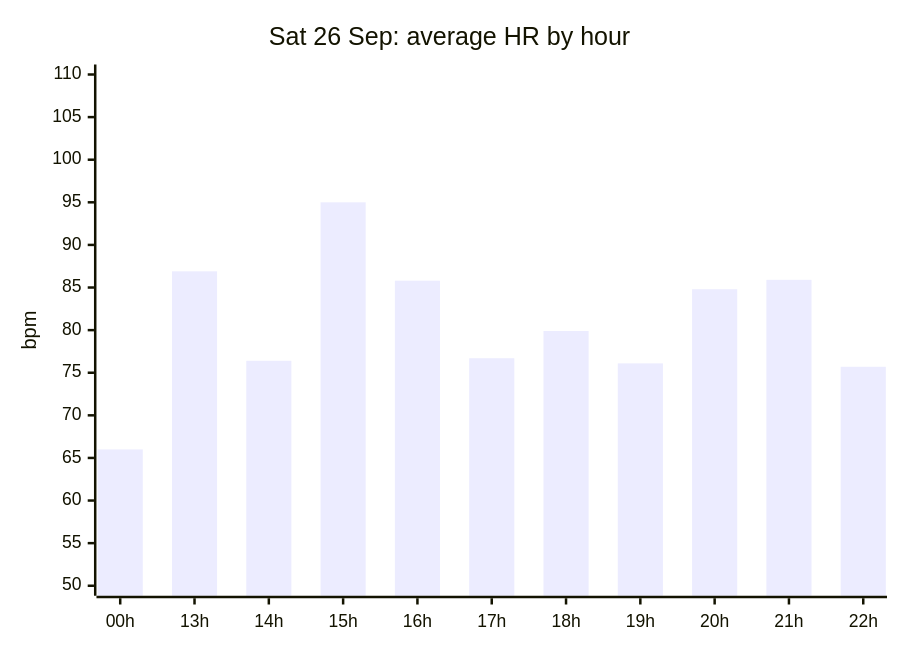
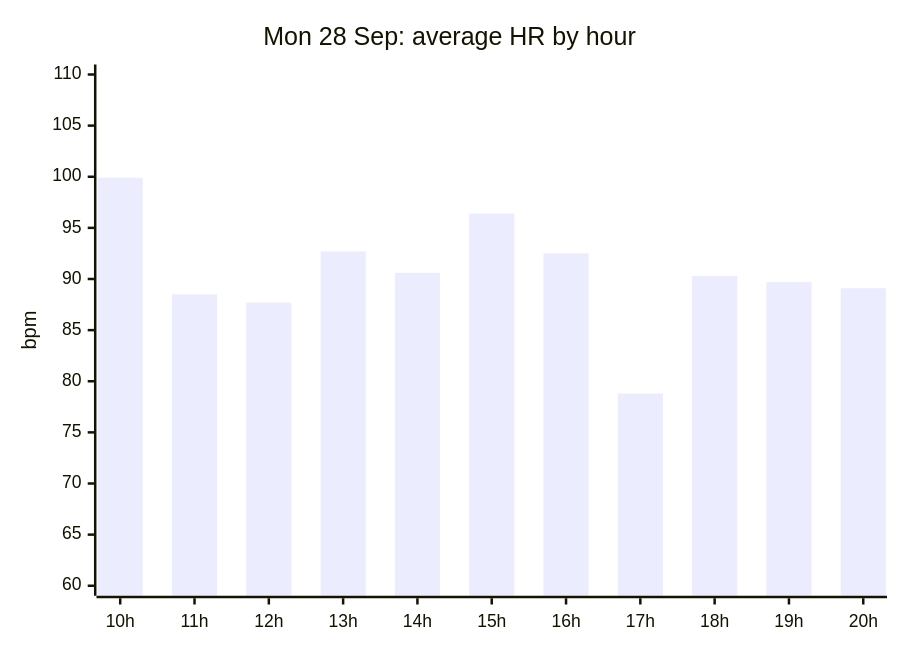
The first of 4 diagrams in reports/README.md (eshwarpotturi/hr-mon), drawn with Mermaid before and after one commit. The commit also changed other lines of this file and 5 other files, not shown here.

````diff
--- a/reports/README.md
+++ b/reports/README.md
@@ -17,7 +17,7 @@
 ```mermaid
 xychart-beta
-    title "Sat 26 Sep: average HR by hour"
-    x-axis ["00h", "13h", "14h", "15h", "16h", "17h", "18h", "19h", "20h", "21h", "22h"]
-    y-axis "bpm" 50 --> 110
-    bar [66, 86.9, 76.4, 95, 85.8, 76.7, 79.9, 76.1, 84.8, 85.9, 75.7]
+    title "Mon 28 Sep: average HR by hour"
+    x-axis ["10h", "11h", "12h", "13h", "14h", "15h", "16h", "17h", "18h", "19h", "20h"]
+    y-axis "bpm" 60 --> 110
+    bar [99.9, 88.5, 87.7, 92.7, 90.6, 96.4, 92.5, 78.8, 90.3, 89.7, 89.1]
 ```
````
